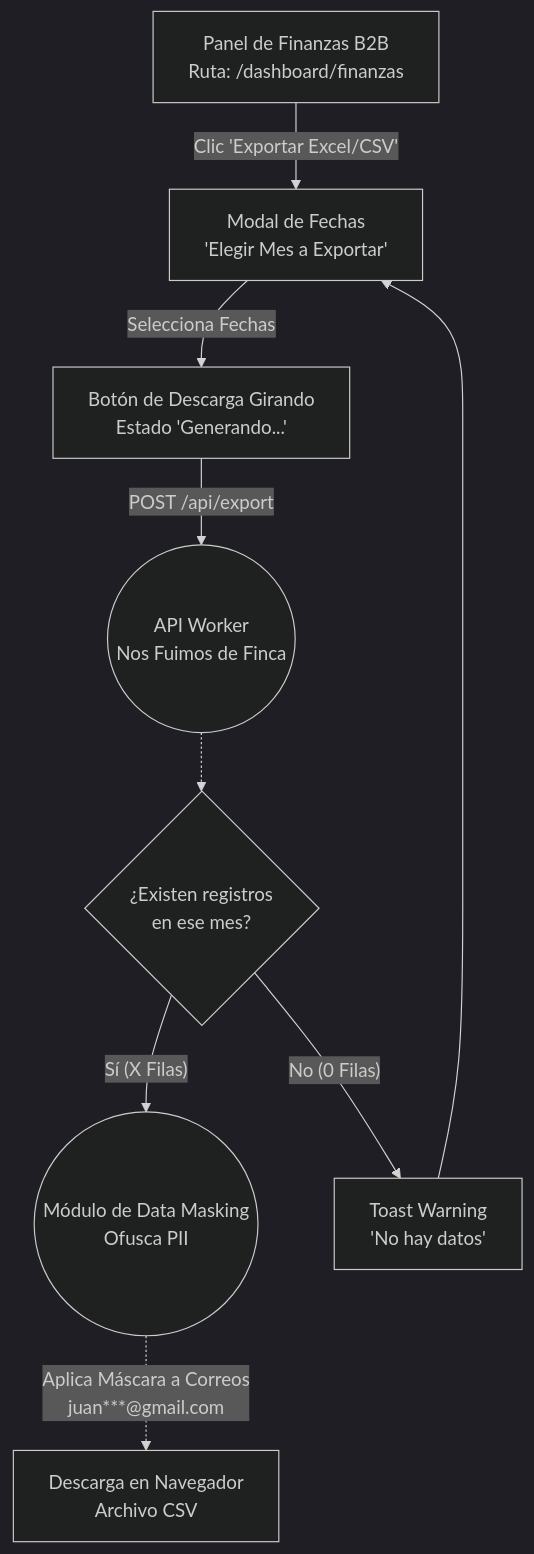
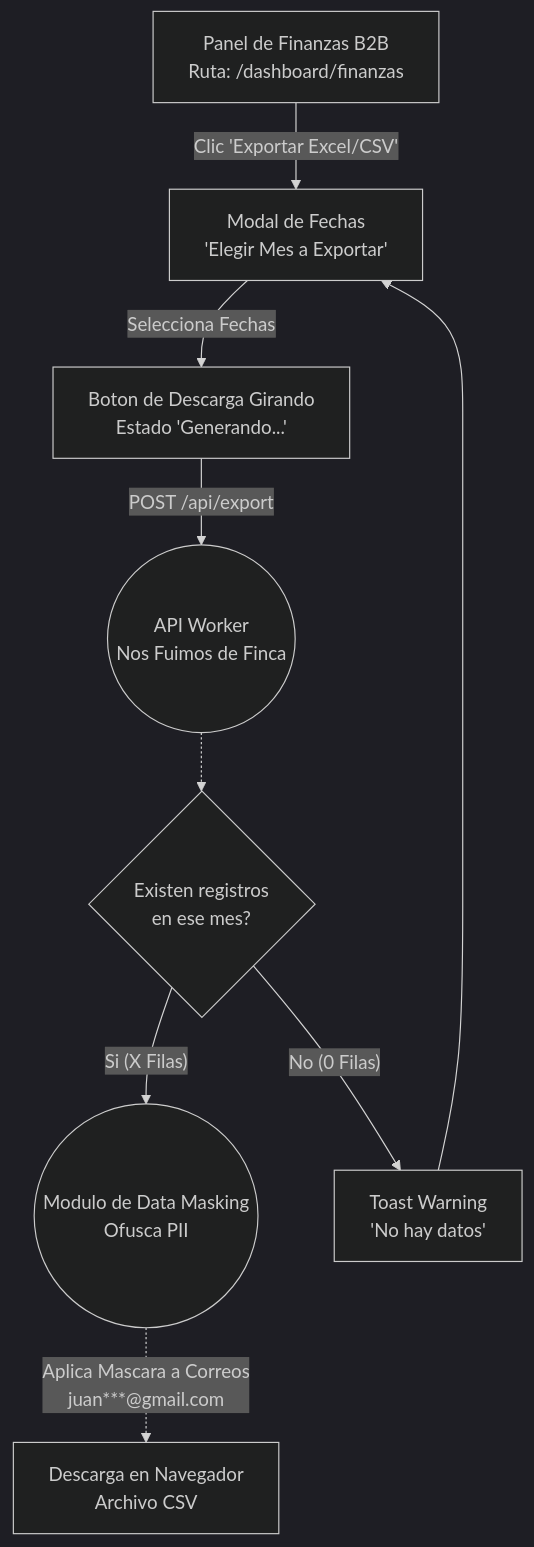
One commit to camilolayos54-dotcom/NosFuimosdeFinca changed the second of 2 diagrams in docs/04-system-modeling/02.User_Flows_Task_Flows/modules/MOD-DASH_flows.md. Above: the diagram before and after it, drawn with Mermaid (dark theme). The commit also changed other lines of this file and 62 other files, not shown here.

````diff
--- a/docs/04-system-modeling/02.User_Flows_Task_Flows/modules/MOD-DASH_flows.md
+++ b/docs/04-system-modeling/02.User_Flows_Task_Flows/modules/MOD-DASH_flows.md
@@ -63,31 +63,31 @@
 ```mermaid
 flowchart TD
     %% Nodos UI
     FinanzasUI[Panel de Finanzas B2B<br>Ruta: /dashboard/finanzas]
     ExportModalUI[Modal de Fechas<br>'Elegir Mes a Exportar']
-    LoadingBtnUI[Botón de Descarga Girando<br>Estado 'Generando...']
+    LoadingBtnUI[Boton de Descarga Girando<br>Estado 'Generando...']
     SuccessToastUI[Descarga en Navegador<br>Archivo CSV]
     
-    %% Nodos Asíncronos
+    %% Nodos Asincronos
     BackendAPI((API Worker<br>Nos Fuimos de Finca))
-    SecurityLayer((Módulo de Data Masking<br>Ofusca PII))
+    SecurityLayer((Modulo de Data Masking<br>Ofusca PII))
     
     %% Decisiones
-    DataCheck{¿Existen registros<br>en ese mes?}
+    DataCheck{ Existen registros<br>en ese mes?}
 
-    %% Interacción del Usuario
+    %% Interaccion del Usuario
     FinanzasUI --> |Clic 'Exportar Excel/CSV'| ExportModalUI
     ExportModalUI --> |Selecciona Fechas| LoadingBtnUI
     
     %% Proceso de Red
     LoadingBtnUI --> |POST /api/export| BackendAPI
     BackendAPI -.-> DataCheck
     
-    %% Unhappy Path (Mes Vacío)
+    %% Unhappy Path (Mes Vacio)
     DataCheck -- No (0 Filas) --> ErrorToastUI[Toast Warning<br>'No hay datos']
     ErrorToastUI --> ExportModalUI
     
     %% Happy Path y Seguridad
-    DataCheck -- Sí (X Filas) --> SecurityLayer
-    SecurityLayer -.-> |Aplica Máscara a Correos<br>juan***@gmail.com| SuccessToastUI
+    DataCheck -- Si (X Filas) --> SecurityLayer
+    SecurityLayer -.-> |Aplica Mascara a Correos<br>juan***@gmail.com| SuccessToastUI
 ```
````
